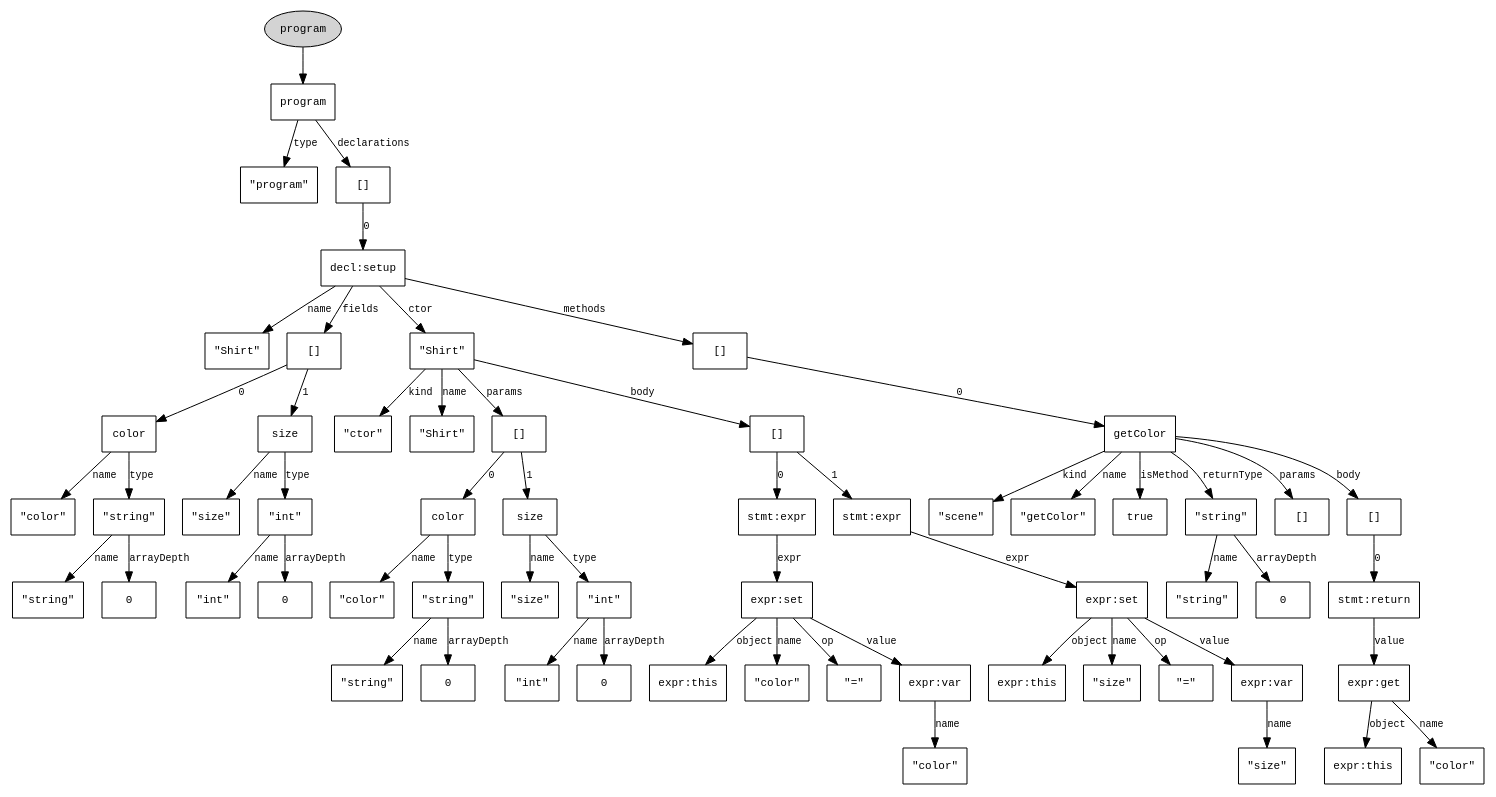
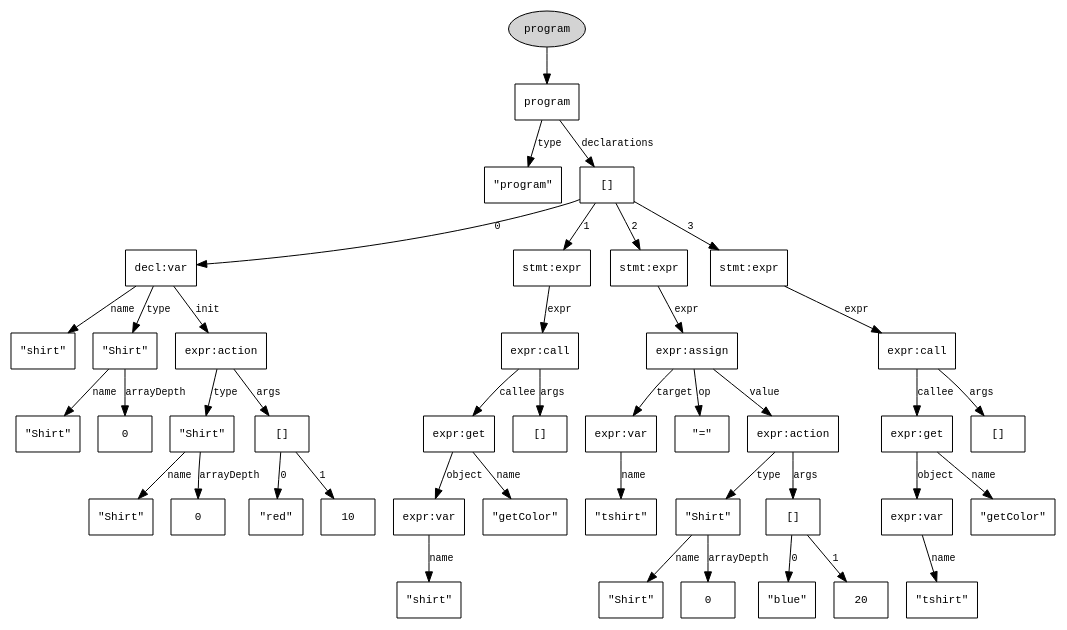
Before and after one commit to LazarBojanic/absolutecinema: the diagram in ast.dot, drawn with Graphviz. The commit also changed 8 other files, not shown here.

```diff
--- a/ast.dot
+++ b/ast.dot
@@ -1,124 +1,88 @@
 digraph AST {
   node [shape=box, fontname=Courier, fontsize=11];
   edge [fontname=Courier, fontsize=10];
   rankdir=TB;
   n0 [label="program"];
   n1 [label="\"program\""];
   n0 -> n1 [label="type"];
   n2 [label="[]"];
-  n3 [label="decl:setup"];
-  n4 [label="\"Shirt\""];
+  n3 [label="decl:var"];
+  n4 [label="\"shirt\""];
   n3 -> n4 [label="name"];
-  n5 [label="[]"];
-  n6 [label="color"];
-  n7 [label="\"color\""];
-  n6 -> n7 [label="name"];
-  n8 [label="\"string\""];
-  n9 [label="\"string\""];
-  n8 -> n9 [label="name"];
-  n10 [label="0"];
-  n8 -> n10 [label="arrayDepth"];
-  n6 -> n8 [label="type"];
-  n5 -> n6 [label="0"];
-  n11 [label="size"];
-  n12 [label="\"size\""];
-  n11 -> n12 [label="name"];
-  n13 [label="\"int\""];
-  n14 [label="\"int\""];
-  n13 -> n14 [label="name"];
-  n15 [label="0"];
-  n13 -> n15 [label="arrayDepth"];
-  n11 -> n13 [label="type"];
-  n5 -> n11 [label="1"];
-  n3 -> n5 [label="fields"];
-  n16 [label="\"Shirt\""];
-  n17 [label="\"ctor\""];
-  n16 -> n17 [label="kind"];
-  n18 [label="\"Shirt\""];
-  n16 -> n18 [label="name"];
-  n19 [label="[]"];
-  n20 [label="color"];
-  n21 [label="\"color\""];
-  n20 -> n21 [label="name"];
-  n22 [label="\"string\""];
-  n23 [label="\"string\""];
-  n22 -> n23 [label="name"];
-  n24 [label="0"];
-  n22 -> n24 [label="arrayDepth"];
-  n20 -> n22 [label="type"];
-  n19 -> n20 [label="0"];
-  n25 [label="size"];
-  n26 [label="\"size\""];
-  n25 -> n26 [label="name"];
-  n27 [label="\"int\""];
-  n28 [label="\"int\""];
-  n27 -> n28 [label="name"];
-  n29 [label="0"];
-  n27 -> n29 [label="arrayDepth"];
-  n25 -> n27 [label="type"];
-  n19 -> n25 [label="1"];
-  n16 -> n19 [label="params"];
-  n30 [label="[]"];
-  n31 [label="stmt:expr"];
-  n32 [label="expr:set"];
-  n33 [label="expr:this"];
-  n32 -> n33 [label="object"];
-  n34 [label="\"color\""];
-  n32 -> n34 [label="name"];
-  n35 [label="\"=\""];
-  n32 -> n35 [label="op"];
-  n36 [label="expr:var"];
-  n37 [label="\"color\""];
-  n36 -> n37 [label="name"];
-  n32 -> n36 [label="value"];
-  n31 -> n32 [label="expr"];
-  n30 -> n31 [label="0"];
-  n38 [label="stmt:expr"];
-  n39 [label="expr:set"];
-  n40 [label="expr:this"];
-  n39 -> n40 [label="object"];
-  n41 [label="\"size\""];
-  n39 -> n41 [label="name"];
-  n42 [label="\"=\""];
-  n39 -> n42 [label="op"];
-  n43 [label="expr:var"];
-  n44 [label="\"size\""];
-  n43 -> n44 [label="name"];
-  n39 -> n43 [label="value"];
-  n38 -> n39 [label="expr"];
-  n30 -> n38 [label="1"];
-  n16 -> n30 [label="body"];
-  n3 -> n16 [label="ctor"];
-  n45 [label="[]"];
-  n46 [label="getColor"];
-  n47 [label="\"scene\""];
-  n46 -> n47 [label="kind"];
-  n48 [label="\"getColor\""];
-  n46 -> n48 [label="name"];
-  n49 [label="true"];
-  n46 -> n49 [label="isMethod"];
-  n50 [label="\"string\""];
-  n51 [label="\"string\""];
-  n50 -> n51 [label="name"];
-  n52 [label="0"];
-  n50 -> n52 [label="arrayDepth"];
-  n46 -> n50 [label="returnType"];
-  n53 [label="[]"];
-  n46 -> n53 [label="params"];
-  n54 [label="[]"];
-  n55 [label="stmt:return"];
-  n56 [label="expr:get"];
-  n57 [label="expr:this"];
-  n56 -> n57 [label="object"];
-  n58 [label="\"color\""];
-  n56 -> n58 [label="name"];
-  n55 -> n56 [label="value"];
-  n54 -> n55 [label="0"];
-  n46 -> n54 [label="body"];
-  n45 -> n46 [label="0"];
-  n3 -> n45 [label="methods"];
+  n5 [label="\"Shirt\""];
+  n6 [label="\"Shirt\""];
+  n5 -> n6 [label="name"];
+  n7 [label="0"];
+  n5 -> n7 [label="arrayDepth"];
+  n3 -> n5 [label="type"];
+  n8 [label="expr:action"];
+  n9 [label="\"Shirt\""];
+  n10 [label="\"Shirt\""];
+  n9 -> n10 [label="name"];
+  n11 [label="0"];
+  n9 -> n11 [label="arrayDepth"];
+  n8 -> n9 [label="type"];
+  n12 [label="[]"];
+  n13 [label="\"red\""];
+  n12 -> n13 [label="0"];
+  n14 [label="10"];
+  n12 -> n14 [label="1"];
+  n8 -> n12 [label="args"];
+  n3 -> n8 [label="init"];
   n2 -> n3 [label="0"];
+  n15 [label="stmt:expr"];
+  n16 [label="expr:call"];
+  n17 [label="expr:get"];
+  n18 [label="expr:var"];
+  n19 [label="\"shirt\""];
+  n18 -> n19 [label="name"];
+  n17 -> n18 [label="object"];
+  n20 [label="\"getColor\""];
+  n17 -> n20 [label="name"];
+  n16 -> n17 [label="callee"];
+  n21 [label="[]"];
+  n16 -> n21 [label="args"];
+  n15 -> n16 [label="expr"];
+  n2 -> n15 [label="1"];
+  n22 [label="stmt:expr"];
+  n23 [label="expr:assign"];
+  n24 [label="expr:var"];
+  n25 [label="\"tshirt\""];
+  n24 -> n25 [label="name"];
+  n23 -> n24 [label="target"];
+  n26 [label="\"=\""];
+  n23 -> n26 [label="op"];
+  n27 [label="expr:action"];
+  n28 [label="\"Shirt\""];
+  n29 [label="\"Shirt\""];
+  n28 -> n29 [label="name"];
+  n30 [label="0"];
+  n28 -> n30 [label="arrayDepth"];
+  n27 -> n28 [label="type"];
+  n31 [label="[]"];
+  n32 [label="\"blue\""];
+  n31 -> n32 [label="0"];
+  n33 [label="20"];
+  n31 -> n33 [label="1"];
+  n27 -> n31 [label="args"];
+  n23 -> n27 [label="value"];
+  n22 -> n23 [label="expr"];
+  n2 -> n22 [label="2"];
+  n34 [label="stmt:expr"];
+  n35 [label="expr:call"];
+  n36 [label="expr:get"];
+  n37 [label="expr:var"];
+  n38 [label="\"tshirt\""];
+  n37 -> n38 [label="name"];
+  n36 -> n37 [label="object"];
+  n39 [label="\"getColor\""];
+  n36 -> n39 [label="name"];
+  n35 -> n36 [label="callee"];
+  n40 [label="[]"];
+  n35 -> n40 [label="args"];
+  n34 -> n35 [label="expr"];
+  n2 -> n34 [label="3"];
   n0 -> n2 [label="declarations"];
   root [label="program", shape=oval, style=filled, fillcolor=lightgray];
   root -> n0;
 }
```
